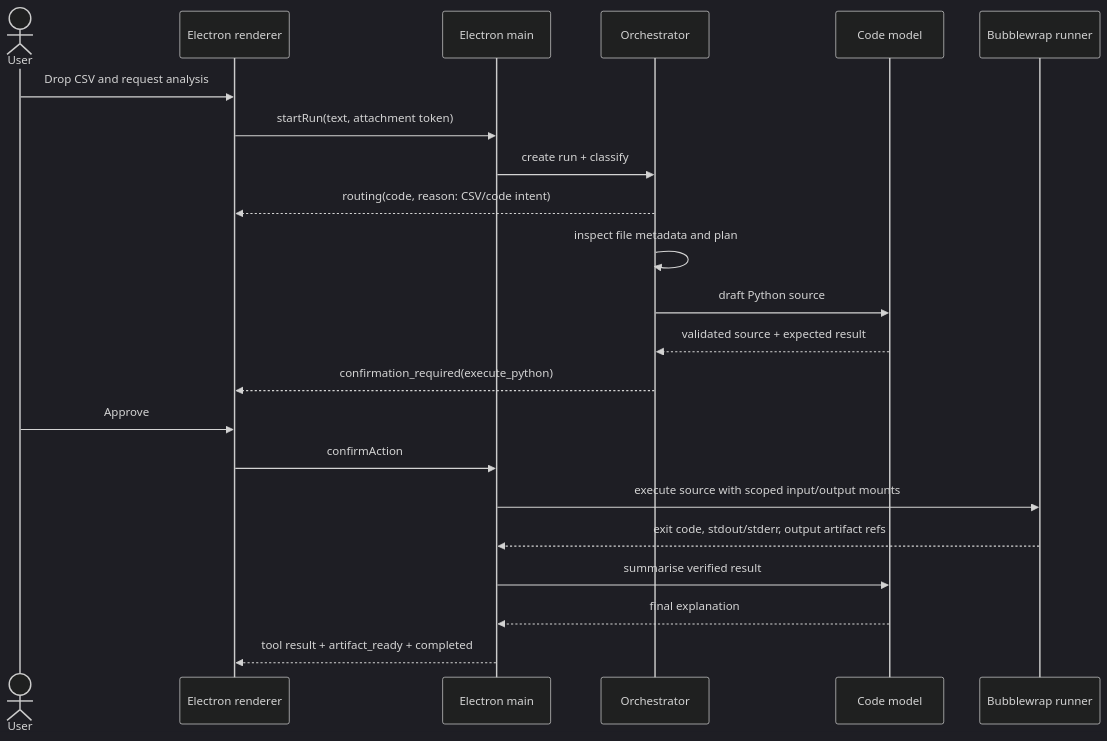
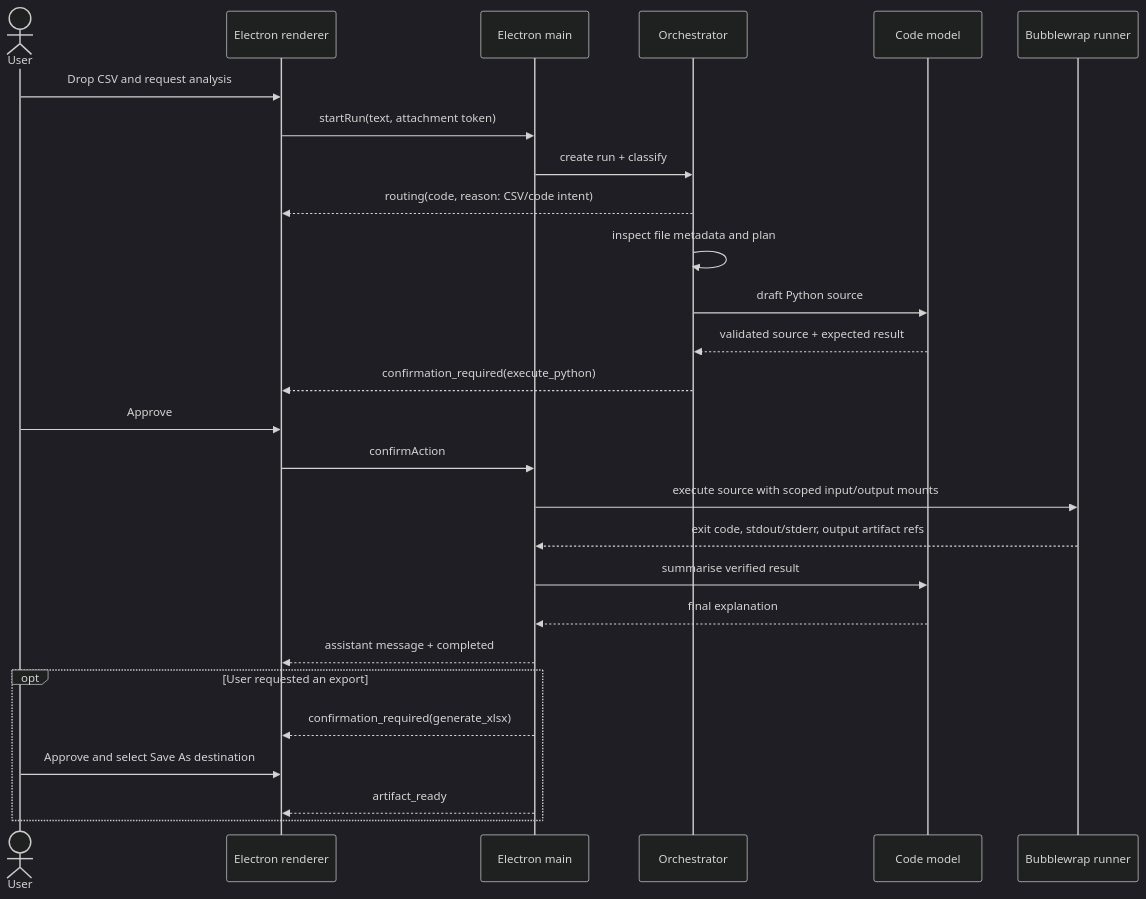
One commit to BITverse-24/local-workbench changed the second of 2 diagrams in docs/architecture/flows-and-data.md. Above: the diagram before and after it, drawn with Mermaid (dark theme). The commit also changed other lines of this file and 31 other files, not shown here.

````diff
--- a/docs/architecture/flows-and-data.md
+++ b/docs/architecture/flows-and-data.md
@@ -59,25 +59,30 @@
 ```mermaid
 sequenceDiagram
     actor User
     participant UI as Electron renderer
     participant Main as Electron main
     participant O as Orchestrator
     participant C as Code model
     participant B as Bubblewrap runner
 
     User->>UI: Drop CSV and request analysis
     UI->>Main: startRun(text, attachment token)
     Main->>O: create run + classify
     O-->>UI: routing(code, reason: CSV/code intent)
     O->>O: inspect file metadata and plan
     O->>C: draft Python source
     C-->>O: validated source + expected result
     O-->>UI: confirmation_required(execute_python)
     User->>UI: Approve
     UI->>Main: confirmAction
     Main->>B: execute source with scoped input/output mounts
     B-->>Main: exit code, stdout/stderr, output artifact refs
     Main->>C: summarise verified result
     C-->>Main: final explanation
-    Main-->>UI: tool result + artifact_ready + completed
+    Main-->>UI: assistant message + completed
+    opt User requested an export
+        Main-->>UI: confirmation_required(generate_xlsx)
+        User->>UI: Approve and select Save As destination
+        Main-->>UI: artifact_ready
+    end
 ```
````
